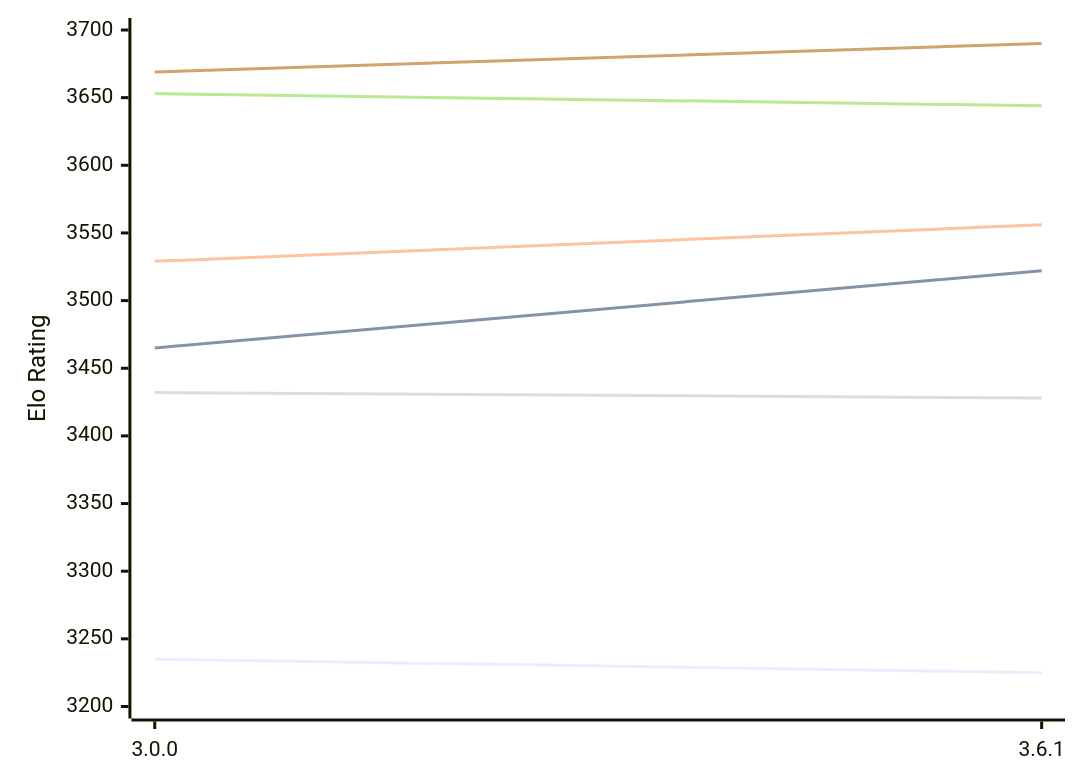
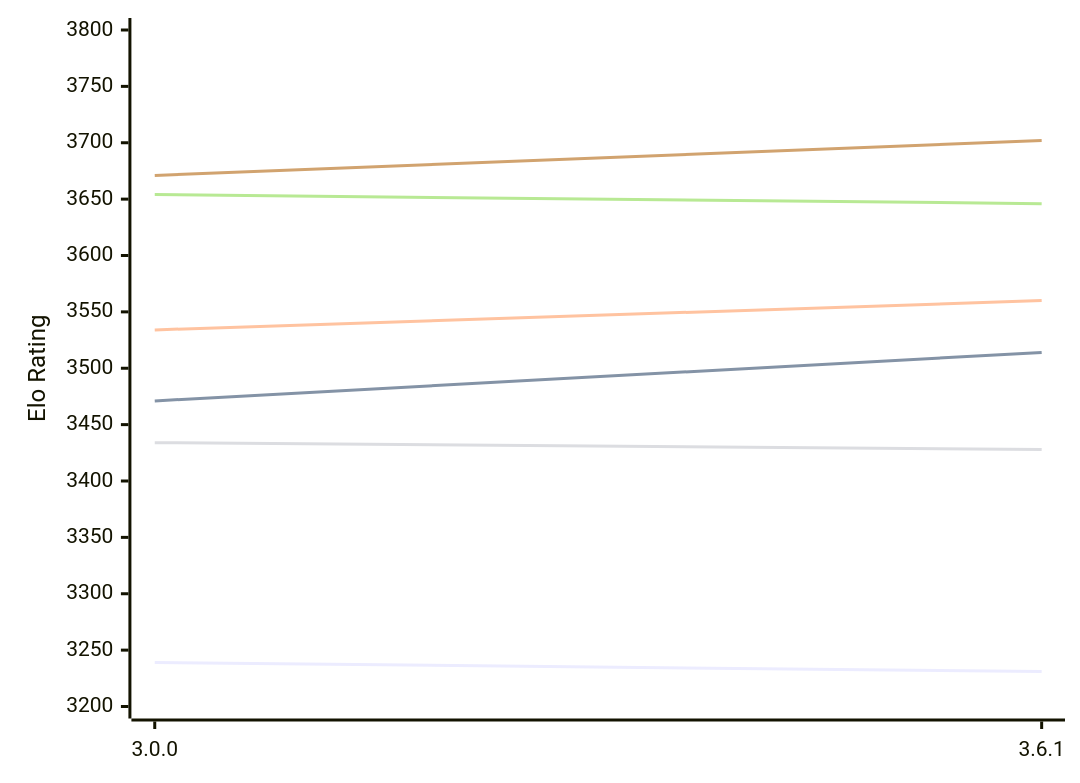
The diagram in engines/Peras.md (computer-chess-index/cci), drawn with Mermaid before and after one commit. The commit also changed other lines of this file, not shown here.

Commit message:
Update CCI Ratings (ELO VLTC) - 2026-10-17

````diff
--- a/engines/Peras.md
+++ b/engines/Peras.md
@@ -49,12 +49,12 @@
 ```mermaid
 %%{init: {"theme":"base","themeVariables":{"seriesColors:['#a3a3a3','#222221','#faa371']}}}%%
 xychart-beta
   x-axis ["3.0.0", "3.6.1"]
-  y-axis "Elo Rating" 3200 --> 3700
-  line "E1: STC (8.0+0.08s)" [3235, 3225]
-  line "E1: LTC (60.0+0.60s)" [3465, 3522]
-  line "E1: VLTC (2m24s+1.12s)" [3529, 3556]
-  line "P1: STC (8.0+0.08s)" [3432, 3428]
-  line "P1: LTC (60.0+0.60s)" [3653, 3644]
-  line "P1: VLTC (2m24s+1.12s)" [3669, 3690]
+  y-axis "Elo Rating" 3200 --> 3800
+  line "E1: STC (8.0+0.08s)" [3239, 3231]
+  line "E1: LTC (60.0+0.60s)" [3471, 3514]
+  line "E1: VLTC (2m24s+1.12s)" [3534, 3560]
+  line "P1: STC (8.0+0.08s)" [3434, 3428]
+  line "P1: LTC (60.0+0.60s)" [3654, 3646]
+  line "P1: VLTC (2m24s+1.12s)" [3671, 3702]
 ```
````
